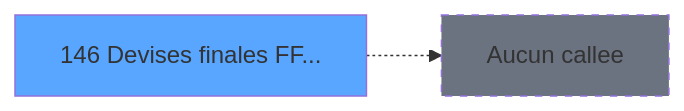
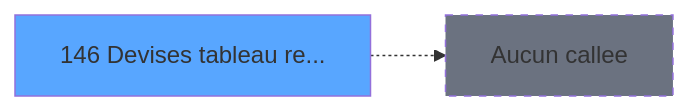
One commit to thonyAGP/lecteur-magic changed the third of 3 diagrams in .openspec/specs/ADH-IDE-146.md. Above: the diagram before and after it, drawn with Mermaid. The commit also changed other lines of this file and 493 other files, not shown here.

````diff
--- a/.openspec/specs/ADH-IDE-146.md
+++ b/.openspec/specs/ADH-IDE-146.md
@@ -168,8 +185,8 @@
 ```mermaid
 graph LR
-    T146[146 Devises finales FF...]
+    T146[146 Devises tableau re...]
     style T146 fill:#58a6ff
     NONE[Aucun callee]
     T146 -.-> NONE
     style NONE fill:#6b7280,stroke-dasharray: 5 5
 ```
````
